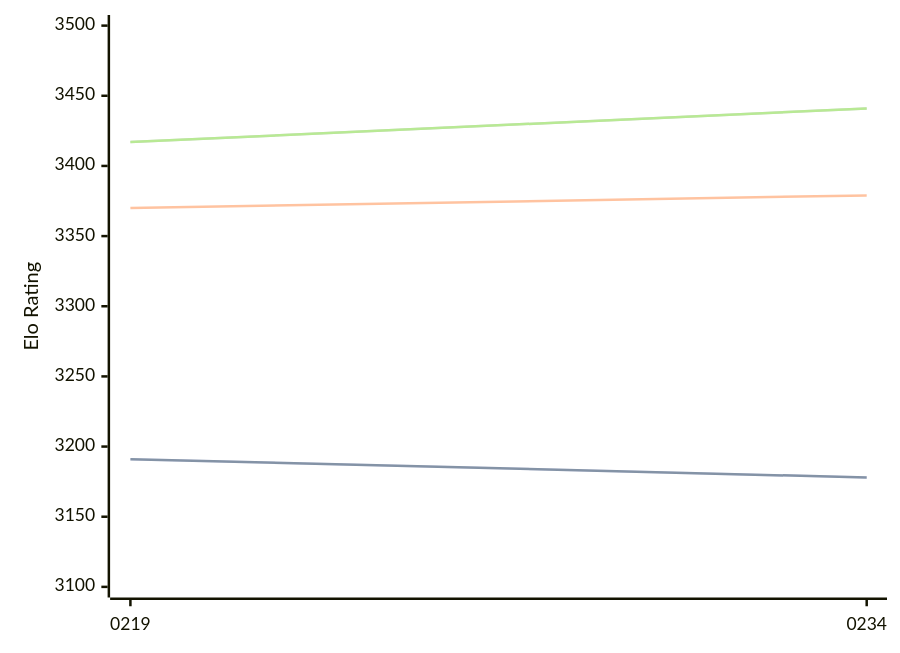
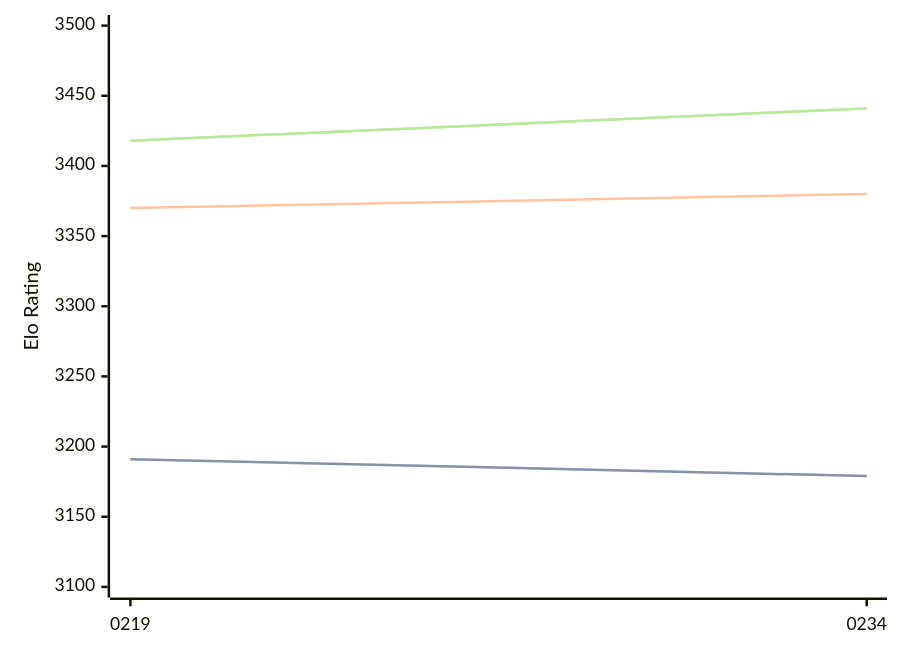
Before and after one commit to computer-chess-index/cci: the diagram in engines/Ynode.md, drawn with Mermaid. The commit also changed other lines of this file, not shown here.

Commit message:
Update CCI Ratings (ELO VLTC) - 2026-05-14

````diff
--- a/engines/Ynode.md
+++ b/engines/Ynode.md
@@ -39,11 +39,11 @@
 ```mermaid
 %%{init: {"theme":"base","themeVariables":{"seriesColors:['#a3a3a3','#222221','#faa371']}}}%%
 xychart-beta
   x-axis ["0219", "0234"]
   y-axis "Elo Rating" 3100 --> 3500
-  line "STC (8.0+0.08s)" [3191, 3178]
-  line "STC (8.0+0.08s)" [3191, 3178]
-  line "LTC (60.0+0.60s)" [3370, 3379]
-  line "VLTC (2m24s+1.12s)" [3417, 3441]
-  line "VLTC (2m24s+1.12s)" [3417, 3441]
+  line "STC (8.0+0.08s)" [3191, 3179]
+  line "STC (8.0+0.08s)" [3191, 3179]
+  line "LTC (60.0+0.60s)" [3370, 3380]
+  line "VLTC (2m24s+1.12s)" [3418, 3441]
+  line "VLTC (2m24s+1.12s)" [3418, 3441]
 ```
````
